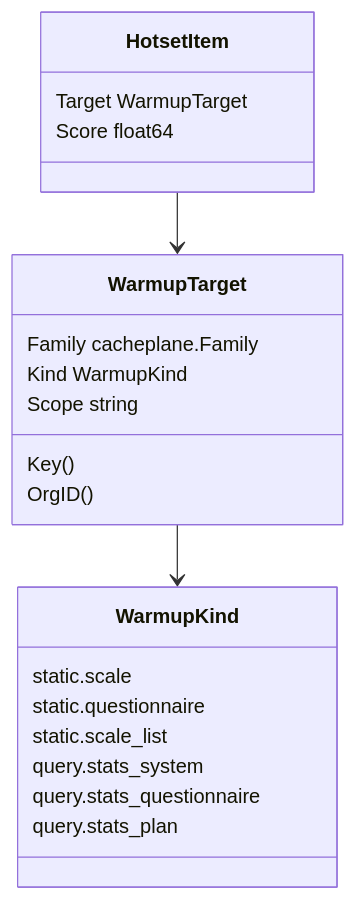
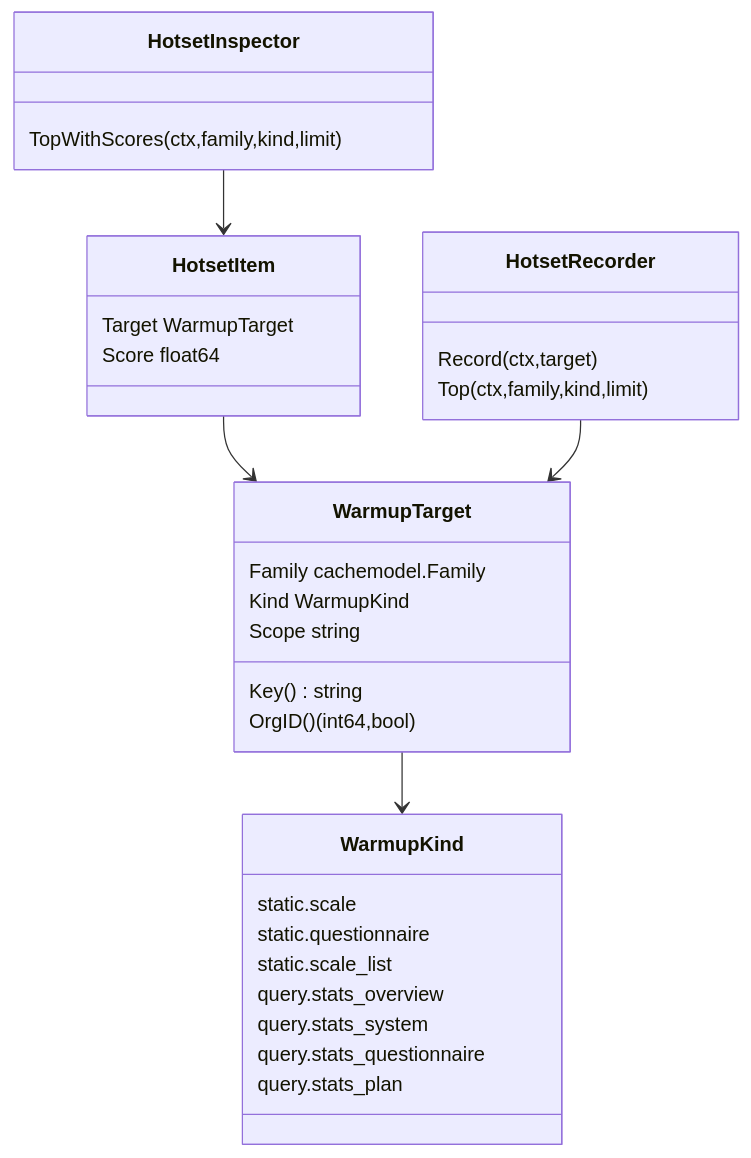
One commit to FangcunMount/qs-server changed the first of 4 diagrams in docs/03-基础设施/redis/05-Hotset与WarmupTarget模型.md. Above: the diagram before and after it, drawn with Mermaid. The commit also changed other lines of this file and 10 other files, not shown here.

````diff
--- a/docs/03-基础设施/redis/05-Hotset与WarmupTarget模型.md
+++ b/docs/03-基础设施/redis/05-Hotset与WarmupTarget模型.md
@@ -16,24 +62,39 @@
 ```mermaid
 classDiagram
     class WarmupTarget {
-      Family cacheplane.Family
+      Family cachemodel.Family
       Kind WarmupKind
       Scope string
-      Key()
-      OrgID()
+      Key() string
+      OrgID() (int64,bool)
     }
+
     class WarmupKind {
       static.scale
       static.questionnaire
       static.scale_list
+      query.stats_overview
       query.stats_system
       query.stats_questionnaire
       query.stats_plan
     }
+
     class HotsetItem {
       Target WarmupTarget
       Score float64
     }
+
+    class HotsetRecorder {
+      Record(ctx,target)
+      Top(ctx,family,kind,limit)
+    }
+
+    class HotsetInspector {
+      TopWithScores(ctx,family,kind,limit)
+    }
+
     WarmupTarget --> WarmupKind
     HotsetItem --> WarmupTarget
+    HotsetRecorder --> WarmupTarget
+    HotsetInspector --> HotsetItem
 ```
````
